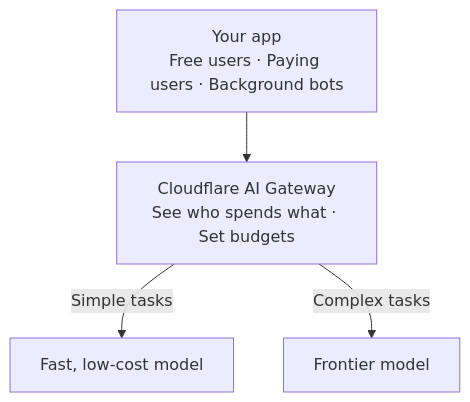
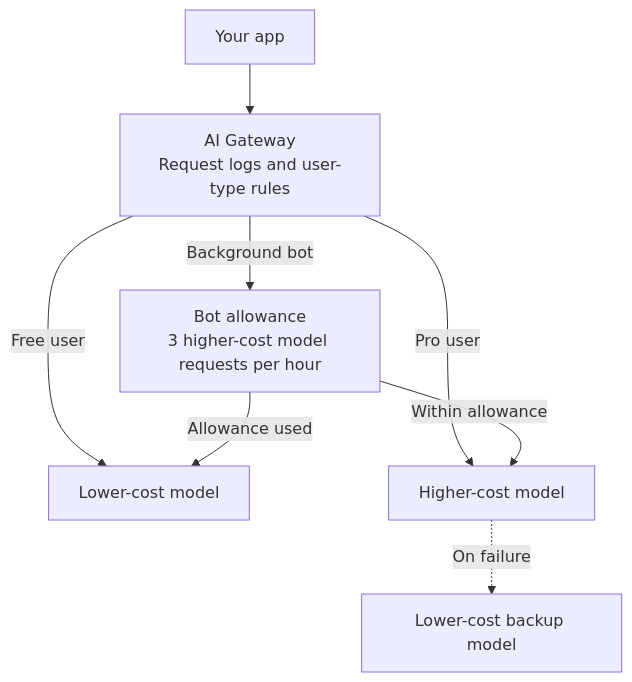
Before and after one commit to agentschools/cfdev.school: the diagram in courses/projects/see-and-control-ai-spend/COURSE.md, drawn with Mermaid. The commit also changed other lines of this file and 11 other files, not shown here.

First line of the commit message:
docs: align AI spend course with user-type routing (#205)

````diff
--- a/courses/projects/see-and-control-ai-spend/COURSE.md
+++ b/courses/projects/see-and-control-ai-spend/COURSE.md
@@ -15,6 +29,10 @@
 ```mermaid
 flowchart TD
-  App["Your app\nFree users · Paying users · Background bots"] --> Gateway["Cloudflare AI Gateway\nSee who spends what · Set budgets"]
-  Gateway -->|"Simple tasks"| Cheap["Fast, low-cost model"]
-  Gateway -->|"Complex tasks"| Capable["Frontier model"]
+  App["Your app"] --> Gateway["AI Gateway\nRequest logs and user-type rules"]
+  Gateway -->|"Free user"| Small["Lower-cost model"]
+  Gateway -->|"Pro user"| Big["Higher-cost model"]
+  Gateway -->|"Background bot"| Allowance["Bot allowance\n3 higher-cost model requests per hour"]
+  Allowance -->|"Within allowance"| Big
+  Allowance -->|"Allowance used"| Small
+  Big -.->|"On failure"| Backup["Lower-cost backup model"]
 ```
````
